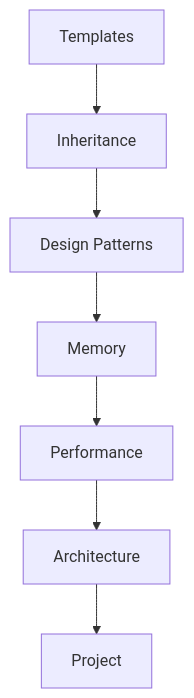
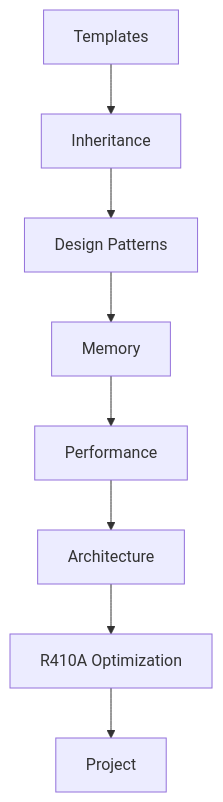
The diagram in MODULE_09_ADVANCED_TOPICS/00_Navigator.md (wramet/build-my-cfd), drawn with Mermaid before and after one commit. The commit also changed other lines of this file and 332 other files, not shown here.

````diff
--- a/MODULE_09_ADVANCED_TOPICS/00_Navigator.md
+++ b/MODULE_09_ADVANCED_TOPICS/00_Navigator.md
@@ -91,9 +102,10 @@
 ```mermaid
 graph TD
     A[Templates] --> B[Inheritance]
     B --> C[Design Patterns]
     C --> D[Memory]
     D --> E[Performance]
     E --> F[Architecture]
-    F --> G[Project]
+    F --> G[R410A Optimization]
+    G --> H[Project]
 ```
````
